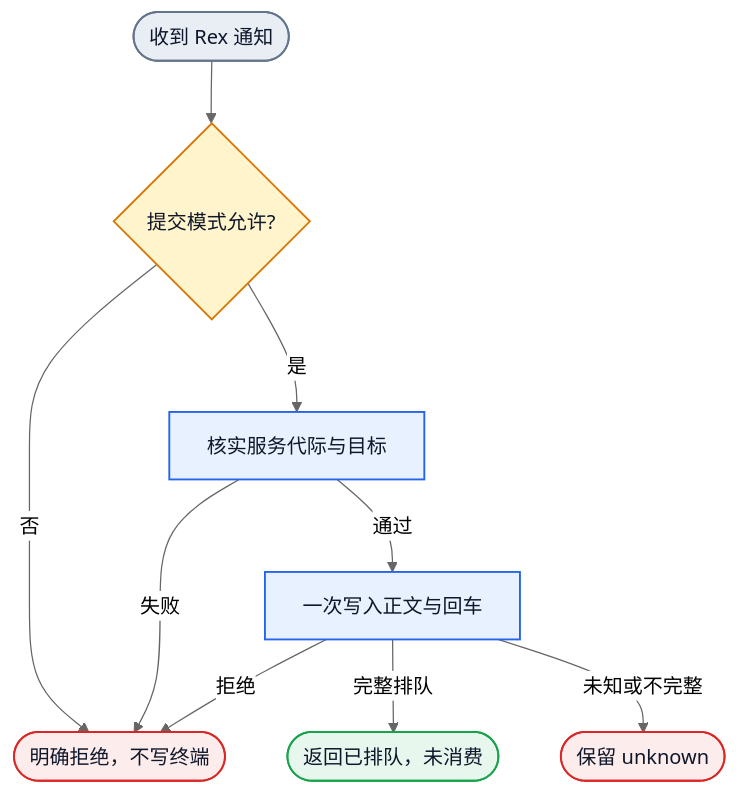
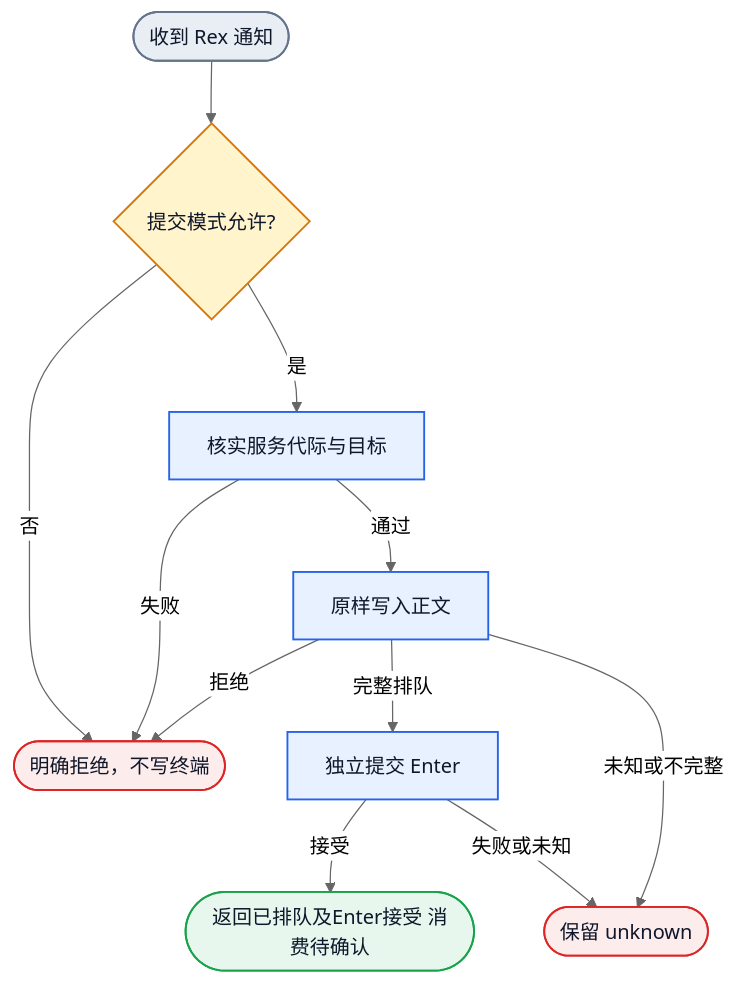
The first of 3 diagrams in docs/design/rex-collab-ontology-20261111.md (Jasonzhangf/appsdk), drawn with Mermaid (neutral theme) before and after one commit. The commit also changed other lines of this file and 103 other files, not shown here.

````diff
--- a/docs/design/rex-collab-ontology-20261111.md
+++ b/docs/design/rex-collab-ontology-20261111.md
@@ -69,17 +86,19 @@
 ```mermaid
 flowchart TD
   S([收到 Rex 通知]):::boundary --> M{提交模式允许?}:::decision
   M -->|否| NO([明确拒绝，不写终端]):::failure
   M -->|是| V[核实服务代际与目标]:::action
   V -->|失败| NO
-  V -->|通过| W[一次写入正文与回车]:::action
-  W -->|完整排队| OK([返回已排队，未消费]):::success
+  V -->|通过| W[原样写入正文]:::action
+  W -->|完整排队| E[独立提交 Enter]:::action
+  E -->|接受| OK([返回已排队及Enter接受 消费待确认]):::success
+  E -->|失败或未知| UNK
   W -->|拒绝| NO
   W -->|未知或不完整| UNK([保留 unknown]):::failure
 
   classDef boundary fill:#E9EEF5,stroke:#64748B,color:#0F172A,stroke-width:1.5px
   classDef action fill:#E8F1FF,stroke:#2563EB,color:#0F172A,stroke-width:1.5px
   classDef decision fill:#FFF4CC,stroke:#D97706,color:#0F172A,stroke-width:1.5px
   classDef success fill:#E8F7EE,stroke:#16A34A,color:#0F172A,stroke-width:1.5px
   classDef failure fill:#FDECEC,stroke:#DC2626,color:#0F172A,stroke-width:1.5px
 ```
````
